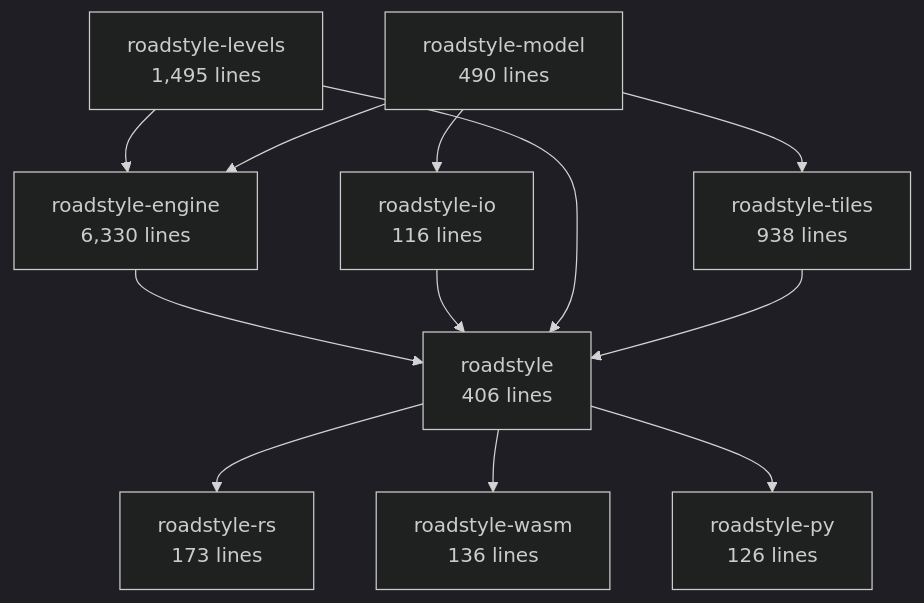
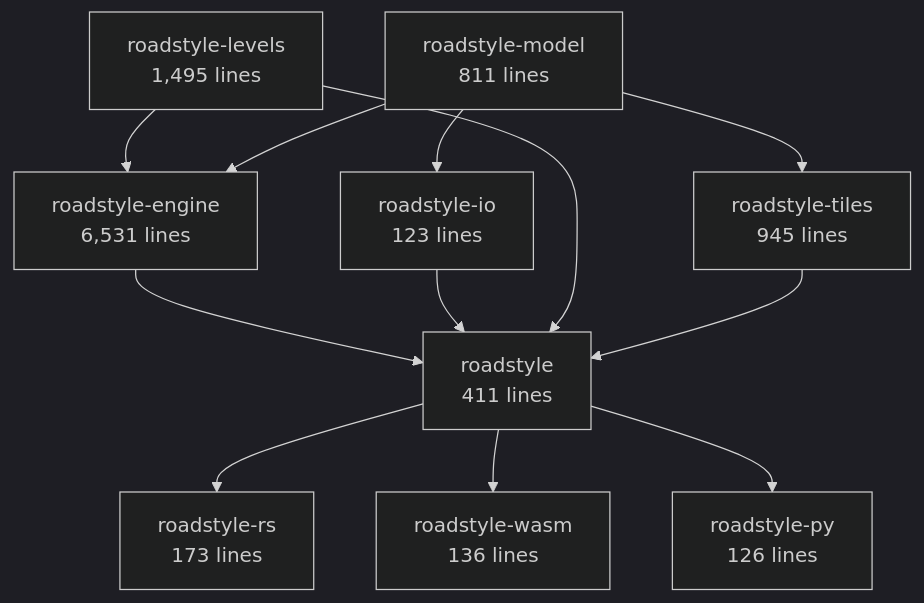
One commit to Khoshkhah/roadstyle changed the second of 6 diagrams in docs/rust/architecture.md. Above: the diagram before and after it, drawn with Mermaid (dark theme). The commit also changed other lines of this file and 27 other files, not shown here.

````diff
--- a/docs/rust/architecture.md
+++ b/docs/rust/architecture.md
@@ -69,23 +69,23 @@
 ```mermaid
 flowchart TB
-    roadstyle_model["roadstyle-model<br/>490 lines"]
-    roadstyle_io["roadstyle-io<br/>116 lines"]
+    roadstyle_model["roadstyle-model<br/>811 lines"]
+    roadstyle_io["roadstyle-io<br/>123 lines"]
     roadstyle_levels["roadstyle-levels<br/>1,495 lines"]
-    roadstyle_engine["roadstyle-engine<br/>6,330 lines"]
-    roadstyle_tiles["roadstyle-tiles<br/>938 lines"]
-    roadstyle["roadstyle<br/>406 lines"]
+    roadstyle_engine["roadstyle-engine<br/>6,531 lines"]
+    roadstyle_tiles["roadstyle-tiles<br/>945 lines"]
+    roadstyle["roadstyle<br/>411 lines"]
     roadstyle_rs["roadstyle-rs<br/>173 lines"]
     roadstyle_wasm["roadstyle-wasm<br/>136 lines"]
     roadstyle_py["roadstyle-py<br/>126 lines"]
     roadstyle_model --> roadstyle_io
     roadstyle_levels --> roadstyle_engine
     roadstyle_model --> roadstyle_engine
     roadstyle_model --> roadstyle_tiles
     roadstyle_engine --> roadstyle
     roadstyle_io --> roadstyle
     roadstyle_levels --> roadstyle
     roadstyle_tiles --> roadstyle
     roadstyle --> roadstyle_rs
     roadstyle --> roadstyle_wasm
     roadstyle --> roadstyle_py
 ```
````
